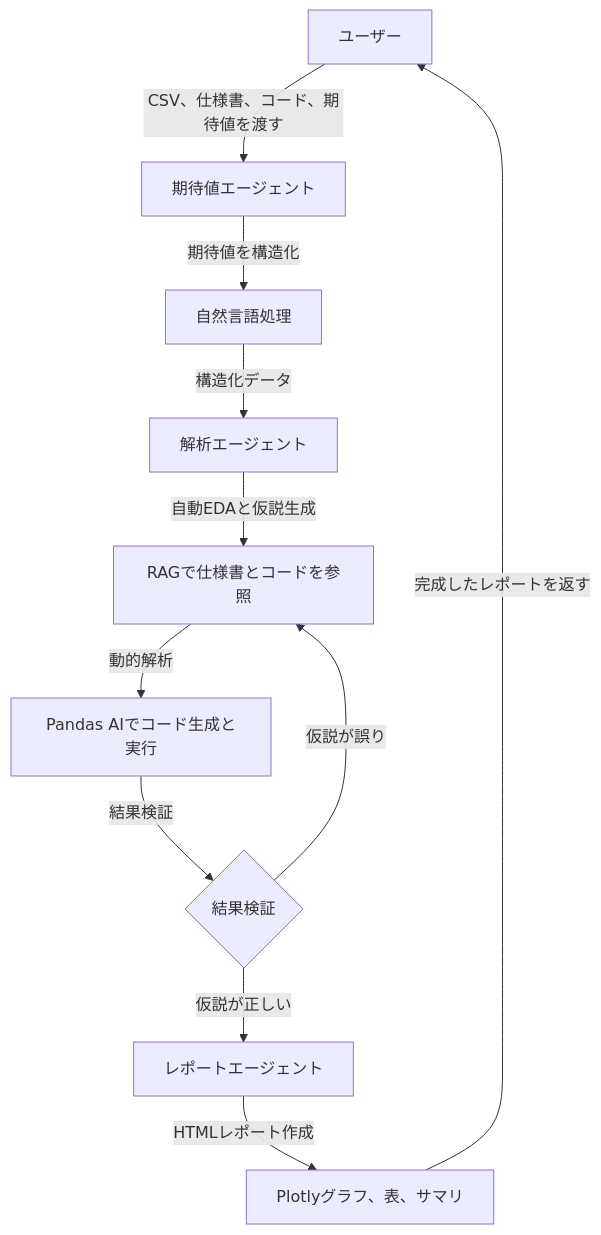
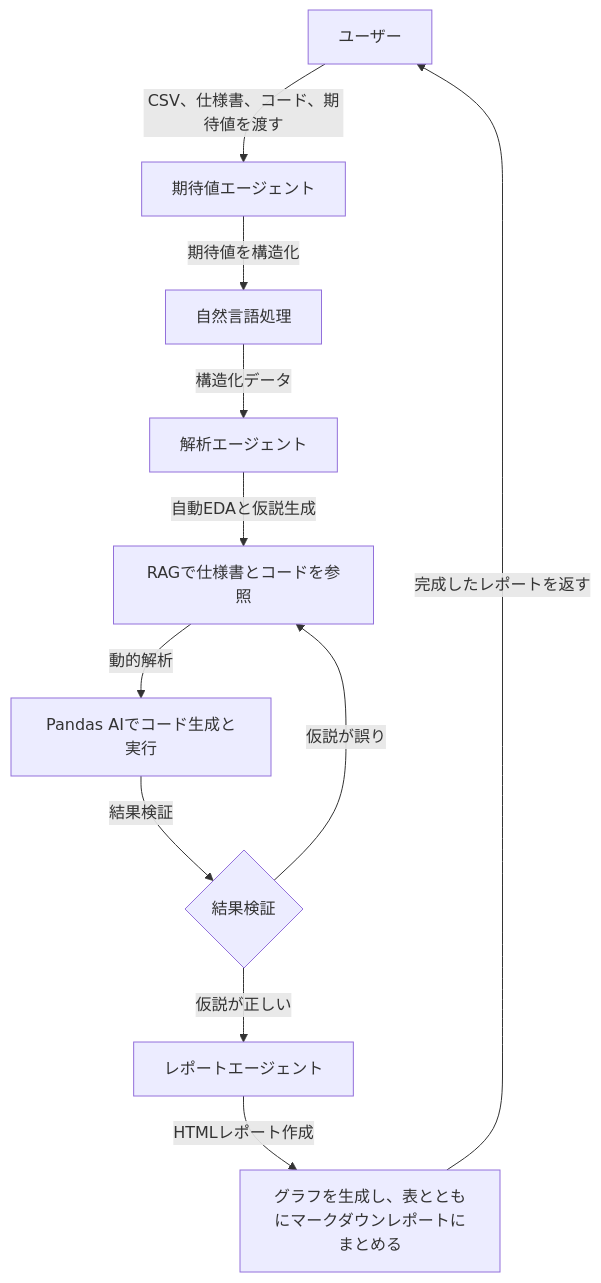
The diagram in projects/詳細設計資料/AI分析エンジン/個別データ分析エージェント仕様.md (abekoki/Improve_algorithm_development), drawn with Mermaid before and after one commit. The commit also changed other lines of this file and 3 other files, not shown here.

````diff
--- a/projects/詳細設計資料/AI分析エンジン/個別データ分析エージェント仕様.md
+++ b/projects/詳細設計資料/AI分析エンジン/個別データ分析エージェント仕様.md
@@ -53,13 +50,13 @@
 ```mermaid
 graph TD
     A[ユーザー] -->|CSV、仕様書、コード、期待値を渡す| B[期待値エージェント]
     B -->|期待値を構造化| C[自然言語処理]
     C -->|構造化データ| D[解析エージェント]
     D -->|自動EDAと仮説生成| E[RAGで仕様書とコードを参照]
     E -->|動的解析| F[Pandas AIでコード生成と実行]
     F -->|結果検証| G{結果検証}
     G -->|仮説が正しい| H[レポートエージェント]
     G -->|仮説が誤り| E
-    H -->|HTMLレポート作成| I[Plotlyグラフ、表、サマリ]
+    H -->|HTMLレポート作成| I[グラフを生成し、表とともにマークダウンレポートにまとめる]
     I -->|完成したレポートを返す| A[ユーザー]
 ```
````
